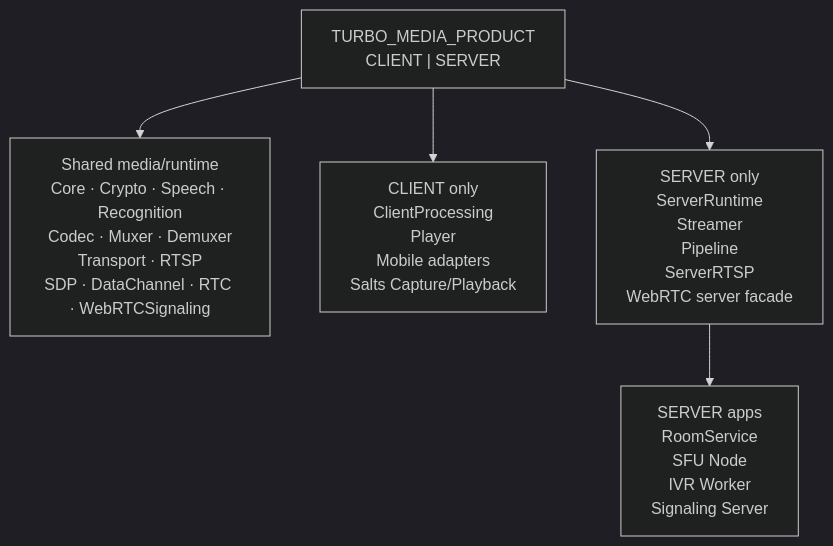
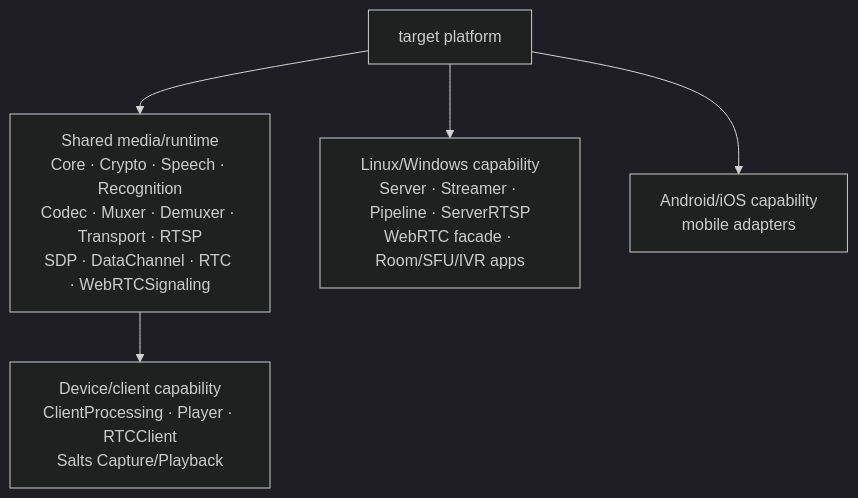
One commit to qigao/turbomedia changed the first of 6 diagrams in ARCHITECTURE.md. Above: the diagram before and after it, drawn with Mermaid (dark theme). The commit also changed other lines of this file and 25 other files, not shown here.

First line of the commit message:
refactor: make TurboMedia build platform-capability based (#144)

````diff
--- a/ARCHITECTURE.md
+++ b/ARCHITECTURE.md
@@ -45,17 +36,25 @@
 ```mermaid
 flowchart TB
-  Product["TURBO_MEDIA_PRODUCT\nCLIENT | SERVER"]
+  Platform["target platform"]
 
-  Shared["Shared media/runtime\nCore · Crypto · Speech · Recognition\nCodec · Muxer · Demuxer\nTransport · RTSP\nSDP · DataChannel · RTC · WebRTCSignaling"]
+  Shared["Shared media/runtime
+Core · Crypto · Speech · Recognition
+Codec · Muxer · Demuxer · Transport · RTSP
+SDP · DataChannel · RTC · WebRTCSignaling"]
 
-  Client["CLIENT only\nClientProcessing\nPlayer\nMobile adapters\nSalts Capture/Playback"]
+  Device["Device/client capability
+ClientProcessing · Player · RTCClient
+Salts Capture/Playback"]
 
-  Server["SERVER only\nServerRuntime\nStreamer\nPipeline\nServerRTSP\nWebRTC server facade"]
+  Desktop["Linux/Windows capability
+Server · Streamer · Pipeline · ServerRTSP
+WebRTC facade · Room/SFU/IVR apps"]
 
-  Apps["SERVER apps\nRoomService\nSFU Node\nIVR Worker\nSignaling Server"]
+  Mobile["Android/iOS capability
+mobile adapters"]
 
-  Product --> Shared
-  Product --> Client
-  Product --> Server
-  Server --> Apps
+  Platform --> Shared
+  Shared --> Device
+  Platform --> Desktop
+  Platform --> Mobile
 ```
````
